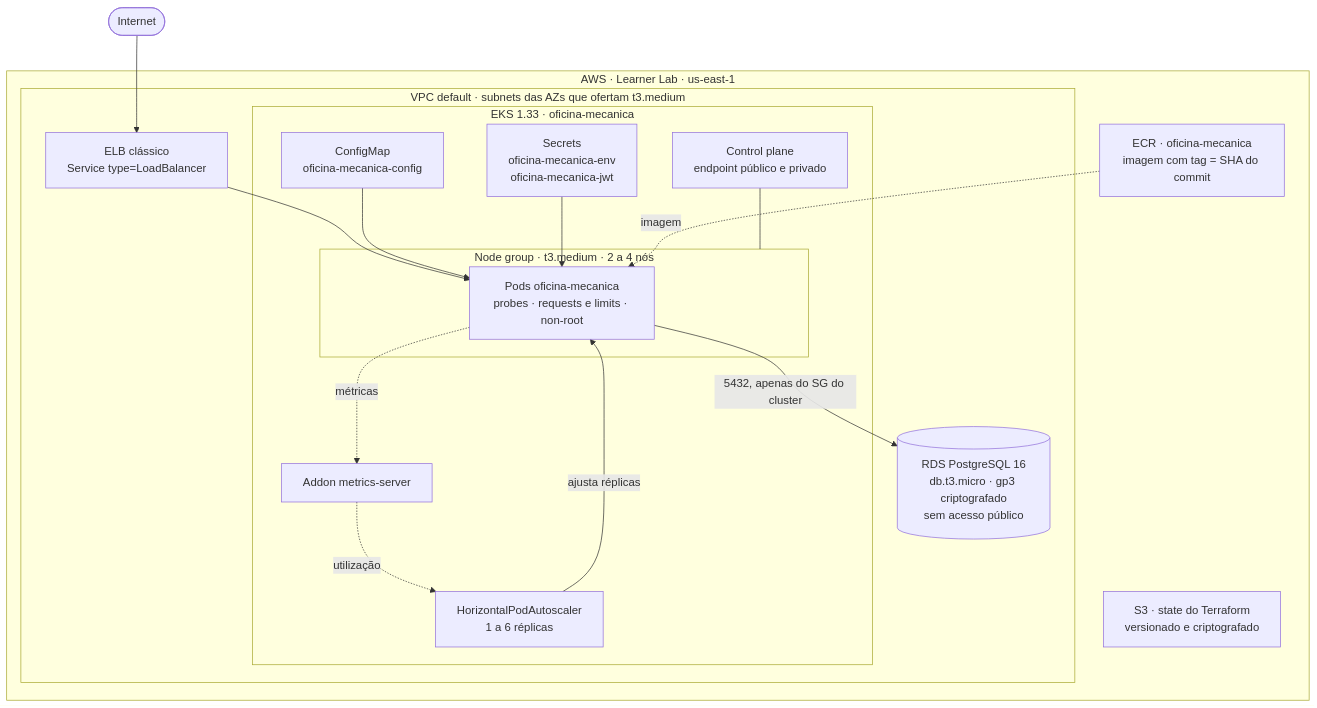
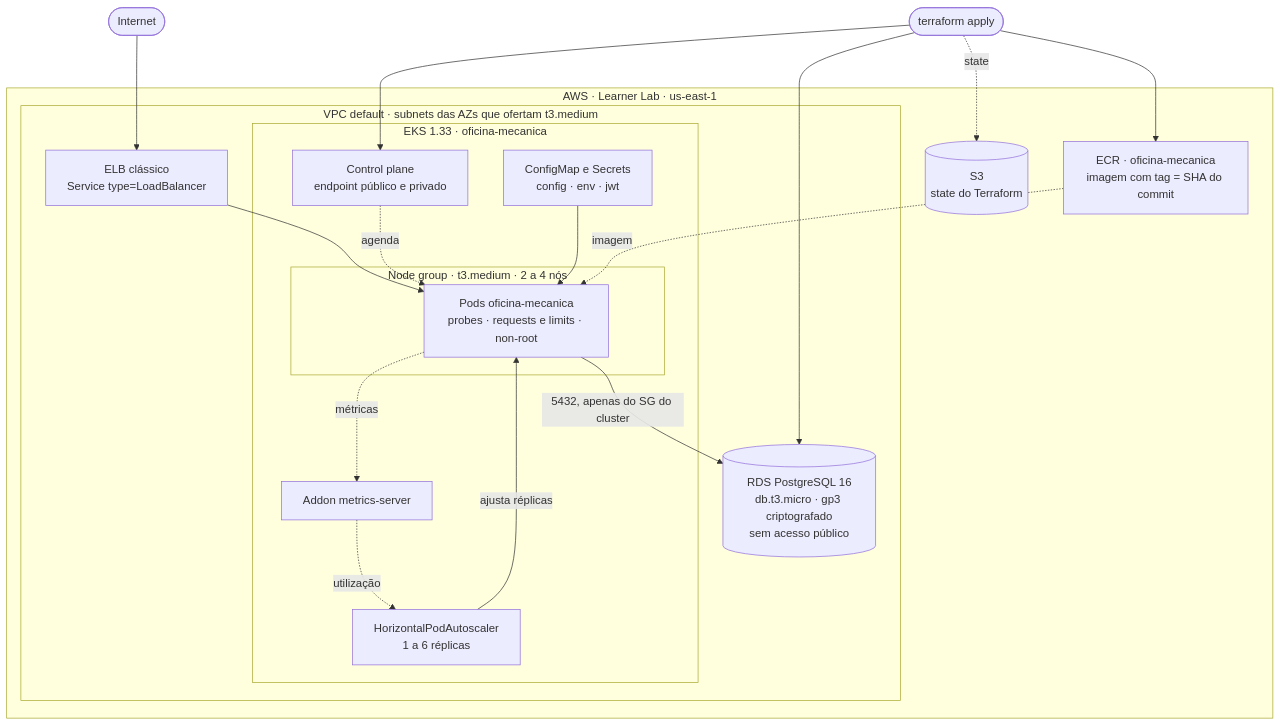
Before and after one commit to 15SOAT-JVGG/tech-challenge-fase-1: the second of 3 diagrams in README.md, drawn with Mermaid. The commit also changed other lines of this file, not shown here.

Commit message:
docs: liga as setas soltas no desenho da infraestrutura
Renderizado com mermaid-cli, o diagrama mostrava dois defeitos que a
leitura do fonte não revela:

- O nó do bucket de state flutuava sem nenhuma aresta, porque nada no
  desenho o alcançava.
- `cp --- nodegroup` apontava para um subgraph, e o Mermaid desenhava um
  traço sem ponta morrendo na borda da caixa.

Entra um nó `terraform apply` como origem do que é provisionado, o que dá
destino ao bucket pela aresta de state, e o control plane passa a apontar
para os pods com seta dirigida e rótulo. O texto acima do desenho agora
explica a convenção das setas e registra que o bucket não nasce do apply.

Os diagramas de componentes e de fluxo de deploy foram renderizados
também: ambos íntegros, sem alteração.

````diff
--- a/README.md
+++ b/README.md
@@ -120,38 +122,41 @@
 ```mermaid
 flowchart TB
     internet(["Internet"])
+    tf(["terraform apply"])
 
     subgraph aws["AWS · Learner Lab · us-east-1"]
+        s3[("S3<br/>state do Terraform")]
         ecr["ECR · oficina-mecanica<br/>imagem com tag = SHA do commit"]
-        s3["S3 · state do Terraform<br/>versionado e criptografado"]
 
         subgraph vpc["VPC default · subnets das AZs que ofertam t3.medium"]
             elb["ELB clássico<br/>Service type=LoadBalancer"]
 
             subgraph eks["EKS 1.33 · oficina-mecanica"]
                 cp["Control plane<br/>endpoint público e privado"]
-                config["ConfigMap<br/>oficina-mecanica-config"]
-                segredos["Secrets<br/>oficina-mecanica-env<br/>oficina-mecanica-jwt"]
+                config["ConfigMap e Secrets<br/>config · env · jwt"]
                 metrics["Addon metrics-server"]
                 hpa["HorizontalPodAutoscaler<br/>1 a 6 réplicas"]
 
                 subgraph nodegroup["Node group · t3.medium · 2 a 4 nós"]
                     pods["Pods oficina-mecanica<br/>probes · requests e limits · non-root"]
                 end
             end
 
             rds[("RDS PostgreSQL 16<br/>db.t3.micro · gp3 criptografado<br/>sem acesso público")]
         end
     end
 
+    tf -. "state" .-> s3
+    tf --> cp
+    tf --> rds
+    tf --> ecr
     internet --> elb
     elb --> pods
-    cp --- nodegroup
+    cp -. "agenda" .-> pods
     config --> pods
-    segredos --> pods
     ecr -. "imagem" .-> pods
     pods -. "métricas" .-> metrics
     metrics -. "utilização" .-> hpa
     hpa -- "ajusta réplicas" --> pods
     pods -- "5432, apenas do SG do cluster" --> rds
 ```
````
